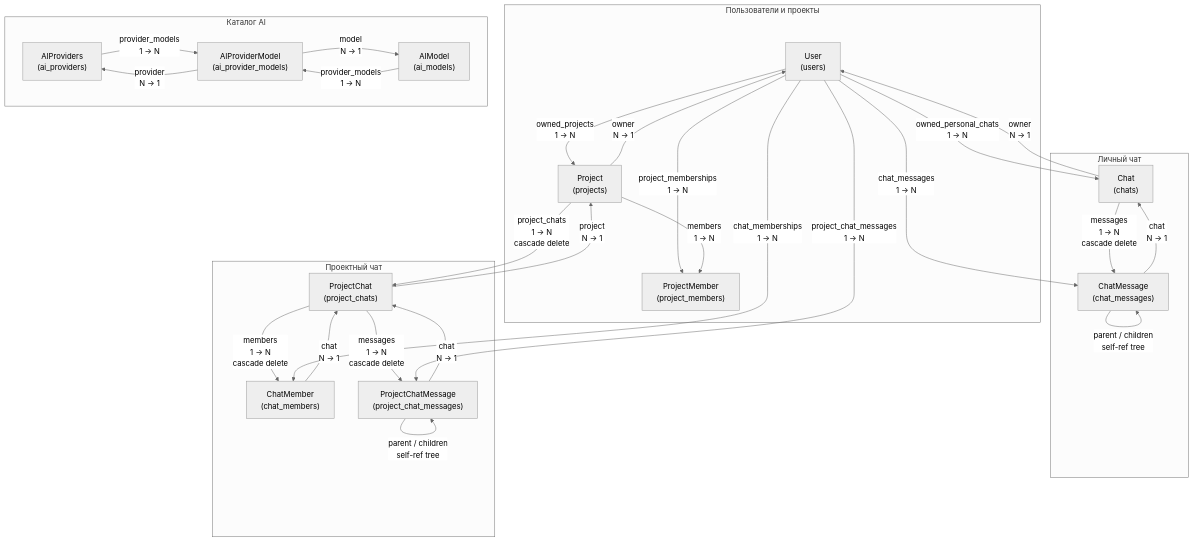
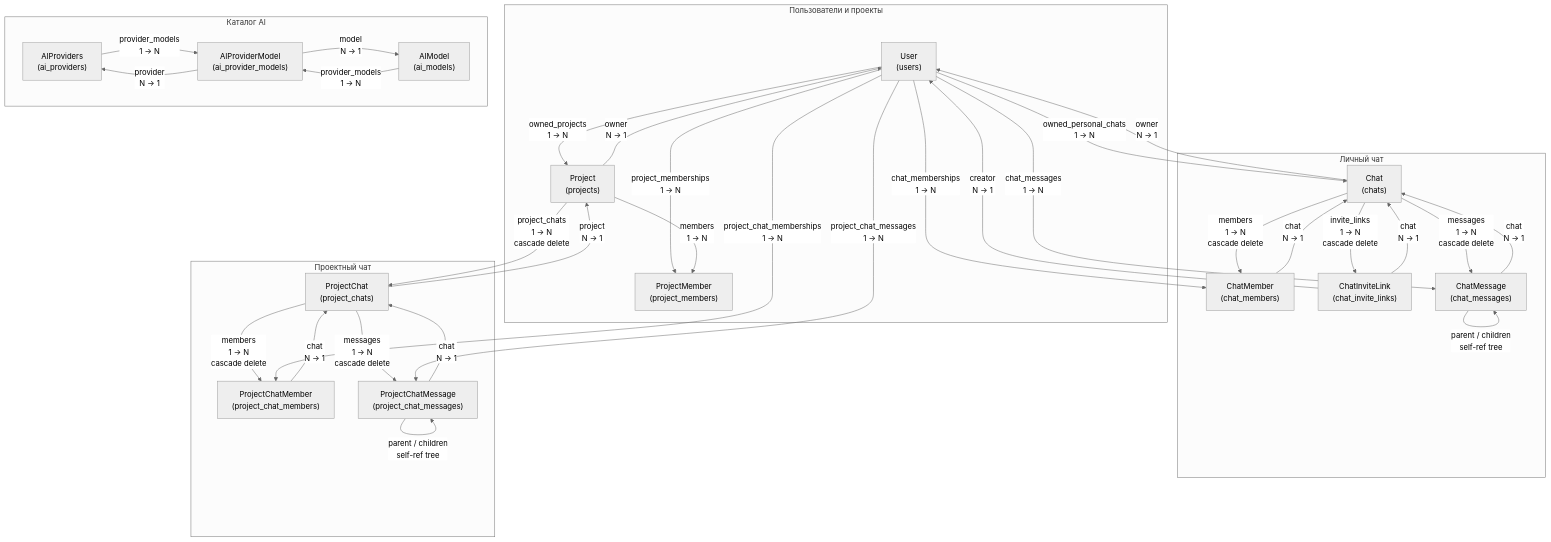
One commit to KEgubov/ai-aggregator changed the second of 4 diagrams in docs/ORM_MODELS.md. Above: the diagram before and after it, drawn with Mermaid (neutral theme). The commit also changed other lines of this file and 12 other files, not shown here.

````diff
--- a/docs/ORM_MODELS.md
+++ b/docs/ORM_MODELS.md
@@ -195,52 +222,60 @@
 ```mermaid
 flowchart TB
     subgraph users_projects["Пользователи и проекты"]
         User["User\n(users)"]
         Project["Project\n(projects)"]
         ProjectMember["ProjectMember\n(project_members)"]
 
         User -->|"project_memberships\n1 → N"| ProjectMember
         Project -->|"members\n1 → N"| ProjectMember
         User -->|"owned_projects\n1 → N"| Project
         Project -->|"owner\nN → 1"| User
     end
 
     subgraph personal["Личный чат"]
         Chat["Chat\n(chats)"]
+        ChatMember["ChatMember\n(chat_members)"]
+        ChatInviteLink["ChatInviteLink\n(chat_invite_links)"]
         ChatMessage["ChatMessage\n(chat_messages)"]
 
         User -->|"owned_personal_chats\n1 → N"| Chat
         Chat -->|"owner\nN → 1"| User
+        Chat -->|"members\n1 → N\ncascade delete"| ChatMember
+        User -->|"chat_memberships\n1 → N"| ChatMember
+        ChatMember -->|"chat\nN → 1"| Chat
+        Chat -->|"invite_links\n1 → N\ncascade delete"| ChatInviteLink
+        ChatInviteLink -->|"chat\nN → 1"| Chat
+        ChatInviteLink -->|"creator\nN → 1"| User
         Chat -->|"messages\n1 → N\ncascade delete"| ChatMessage
         ChatMessage -->|"chat\nN → 1"| Chat
         User -->|"chat_messages\n1 → N"| ChatMessage
         ChatMessage -->|"parent / children\nself-ref tree"| ChatMessage
     end
 
     subgraph project_chats_block["Проектный чат"]
         ProjectChat["ProjectChat\n(project_chats)"]
-        ChatMember["ChatMember\n(chat_members)"]
+        ProjectChatMember["ProjectChatMember\n(project_chat_members)"]
         ProjectChatMessage["ProjectChatMessage\n(project_chat_messages)"]
 
         Project -->|"project_chats\n1 → N\ncascade delete"| ProjectChat
         ProjectChat -->|"project\nN → 1"| Project
-        ProjectChat -->|"members\n1 → N\ncascade delete"| ChatMember
-        User -->|"chat_memberships\n1 → N"| ChatMember
-        ChatMember -->|"chat\nN → 1"| ProjectChat
+        ProjectChat -->|"members\n1 → N\ncascade delete"| ProjectChatMember
+        User -->|"project_chat_memberships\n1 → N"| ProjectChatMember
+        ProjectChatMember -->|"chat\nN → 1"| ProjectChat
         ProjectChat -->|"messages\n1 → N\ncascade delete"| ProjectChatMessage
         ProjectChatMessage -->|"chat\nN → 1"| ProjectChat
         User -->|"project_chat_messages\n1 → N"| ProjectChatMessage
         ProjectChatMessage -->|"parent / children\nself-ref tree"| ProjectChatMessage
     end
 
     subgraph ai_catalog["Каталог AI"]
         AIProviders["AIProviders\n(ai_providers)"]
         AIModel["AIModel\n(ai_models)"]
         AIProviderModel["AIProviderModel\n(ai_provider_models)"]
 
         AIProviders -->|"provider_models\n1 → N"| AIProviderModel
         AIModel -->|"provider_models\n1 → N"| AIProviderModel
         AIProviderModel -->|"provider\nN → 1"| AIProviders
         AIProviderModel -->|"model\nN → 1"| AIModel
     end
 ```
````
